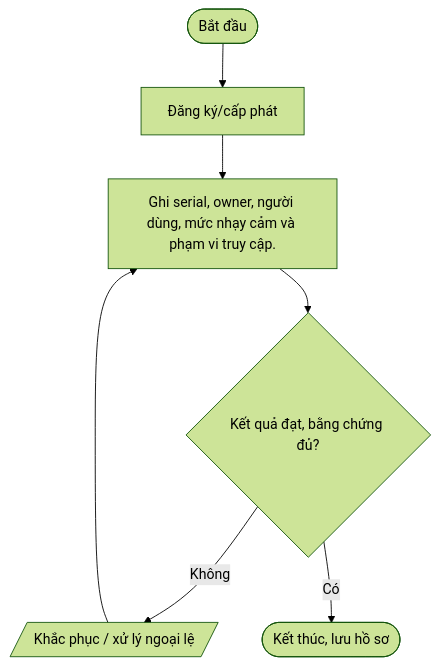
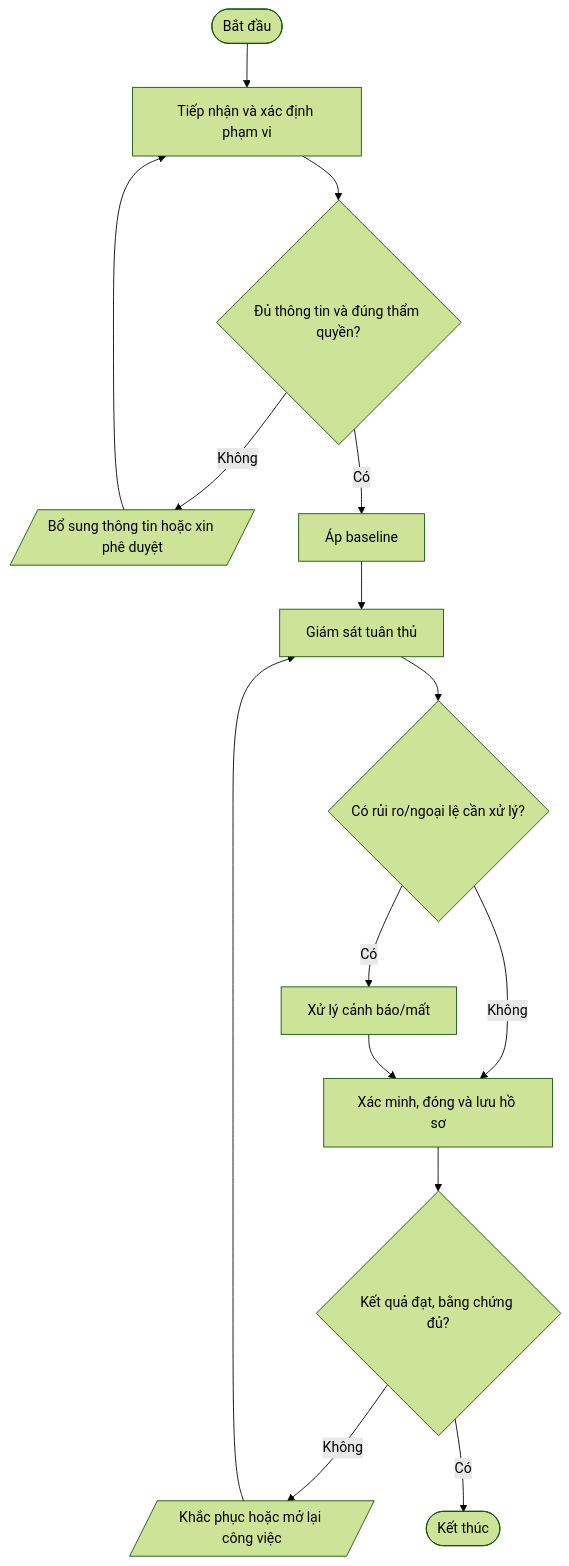
Before and after one commit to daoaigiangnam/Quy_Trinh_Chuan: the eighth of 11 diagrams in quy-trinh/03-An-toan-thong-tin/README.md, drawn with Mermaid (forest theme). The commit also changed other lines of this file, not shown here.

Commit message:
docs: refine detailed procedure steps and Mermaid flowcharts

````diff
--- a/quy-trinh/03-An-toan-thong-tin/README.md
+++ b/quy-trinh/03-An-toan-thong-tin/README.md
@@ -544,11 +673,17 @@
 ```mermaid
 flowchart TD
-  A([Bắt đầu]) --> S1
-  S1["Đăng ký/cấp phát"]
-  S2["Ghi serial, owner, người dùng, mức nhạy cảm và phạm vi truy cập."]
-  S1 --> S2
-  S2 --> D2{"Kết quả đạt, bằng chứng đủ?"}
-  D2 -- Không --> REWORK[/"Khắc phục / xử lý ngoại lệ"/]
-  REWORK --> S2
-  D2 -- Có --> Z([Kết thúc, lưu hồ sơ])
+  A([Bắt đầu]) --> S1["Tiếp nhận và xác định phạm vi"]
+  S1 --> D1{"Đủ thông tin và đúng thẩm quyền?"}
+  D1 -- Không --> F1[/"Bổ sung thông tin hoặc xin phê duyệt"/]
+  F1 --> S1
+  D1 -- Có --> S2["Áp baseline"]
+  S2 --> S3["Giám sát tuân thủ"]
+  S3 --> D2{"Có rủi ro/ngoại lệ cần xử lý?"}
+  D2 -- Có --> S4["Xử lý cảnh báo/mất"]
+  D2 -- Không --> S5["Xác minh, đóng và lưu hồ sơ"]
+  S4 --> S5
+  S5 --> D3{"Kết quả đạt, bằng chứng đủ?"}
+  D3 -- Không --> R[/"Khắc phục hoặc mở lại công việc"/]
+  R --> S3
+  D3 -- Có --> Z([Kết thúc])
 ```
````
